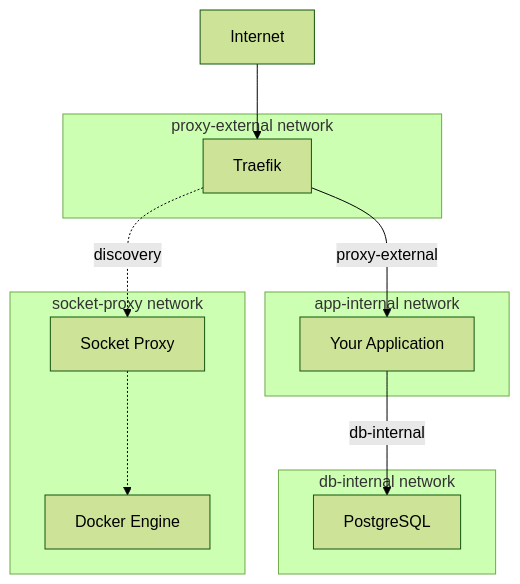
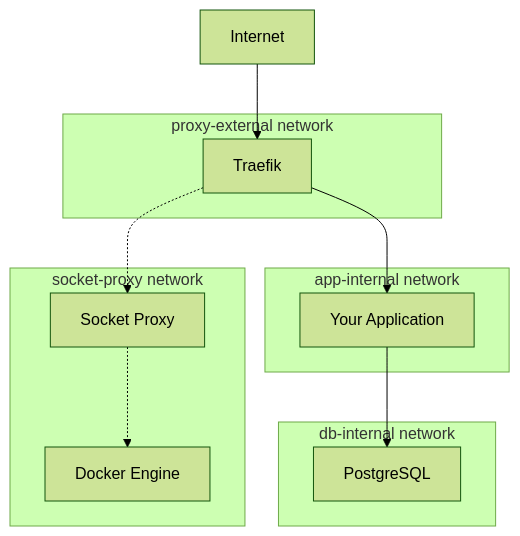
One commit to peermesh/docker-lab-docs changed the second of 3 diagrams in docs/concepts.md. Above: the diagram before and after it, drawn with Mermaid (forest theme). The commit also changed other lines of this file and 13 other files, not shown here.

First line of the commit message:
fix: improve diagram legibility and icon rendering

````diff
--- a/docs/concepts.md
+++ b/docs/concepts.md
@@ -112,27 +112,27 @@
 ```mermaid
 flowchart TB
     Internet["Internet"]
 
     subgraph ProxyExtNet["proxy-external network"]
         Traefik["Traefik"]
     end
 
     subgraph AppIntNet["app-internal network"]
         App["Your Application"]
     end
 
     subgraph DbIntNet["db-internal network"]
         Db["PostgreSQL"]
     end
 
     subgraph MgmtNet["socket-proxy network"]
         SocketProxy["Socket Proxy"]
         DockerEngine["Docker Engine"]
     end
 
     Internet --> Traefik
-    Traefik -->|"proxy-external"| App
-    App -->|"db-internal"| Db
-    Traefik -.->|"discovery"| SocketProxy
+    Traefik --> App
+    App --> Db
+    Traefik -.-> SocketProxy
     SocketProxy -.-> DockerEngine
 ```
````
